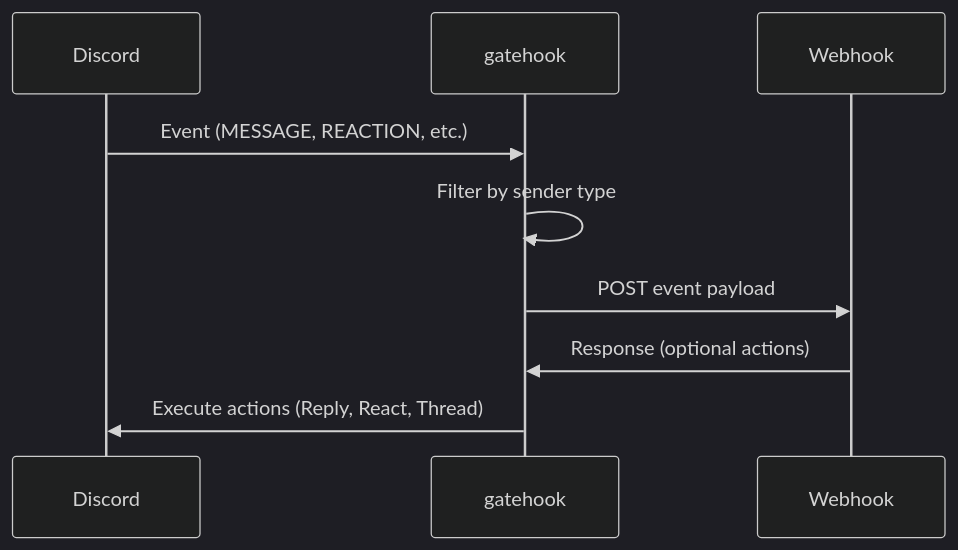
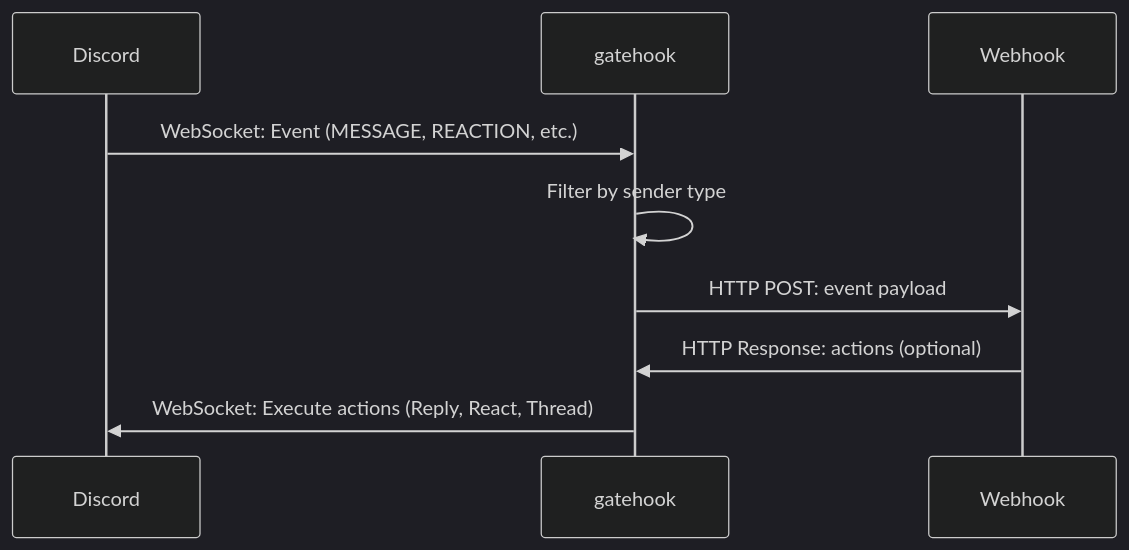
Before and after one commit to a24k/gatehook: the diagram in README.md, drawn with Mermaid (dark theme).

Commit message:
docs: Add protocol information to sequence diagram
Clarify communication protocols in the diagram:
- WebSocket: Discord Gateway connection
- HTTP POST: Event forwarding to webhook
- HTTP Response: Action responses from webhook

🤖 Generated with [Claude Code](https://claude.com/claude-code)

````diff
--- a/README.md
+++ b/README.md
@@ -20,12 +20,12 @@
 ```mermaid
 sequenceDiagram
     participant Discord
     participant gatehook
     participant Webhook
 
-    Discord->>gatehook: Event (MESSAGE, REACTION, etc.)
+    Discord->>gatehook: WebSocket: Event (MESSAGE, REACTION, etc.)
     gatehook->>gatehook: Filter by sender type
-    gatehook->>Webhook: POST event payload
-    Webhook->>gatehook: Response (optional actions)
-    gatehook->>Discord: Execute actions (Reply, React, Thread)
+    gatehook->>Webhook: HTTP POST: event payload
+    Webhook->>gatehook: HTTP Response: actions (optional)
+    gatehook->>Discord: WebSocket: Execute actions (Reply, React, Thread)
 ```
````
